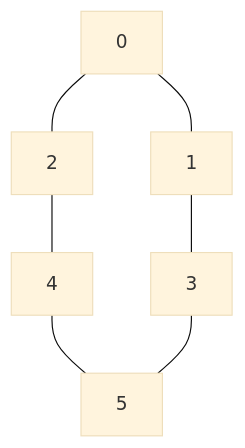
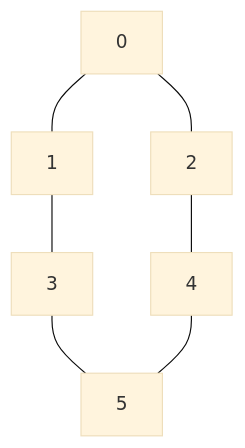
One commit to antononcube/Raku-Graphviz-DOT-Grammar changed the diagram in README.md. Above: the diagram before and after it, drawn with Mermaid (base theme). The commit also changed other lines of this file, not shown here.

Commit message:
docs:Better CLI usage message.

````diff
--- a/README.md
+++ b/README.md
@@ -41,15 +41,15 @@
 ```mermaid
 graph TB
-v0["2"]
+v0["1"]
 v1["4"]
-v2["1"]
+v2["5"]
 v3["0"]
-v4["5"]
-v5["3"]
-v3 --- v2
+v4["3"]
+v5["2"]
+v4 --- v2
+v1 --- v2
+v3 --- v5
+v5 --- v1
+v0 --- v4
 v3 --- v0
-v2 --- v5
-v1 --- v4
-v5 --- v4
-v0 --- v1
 ```
````
